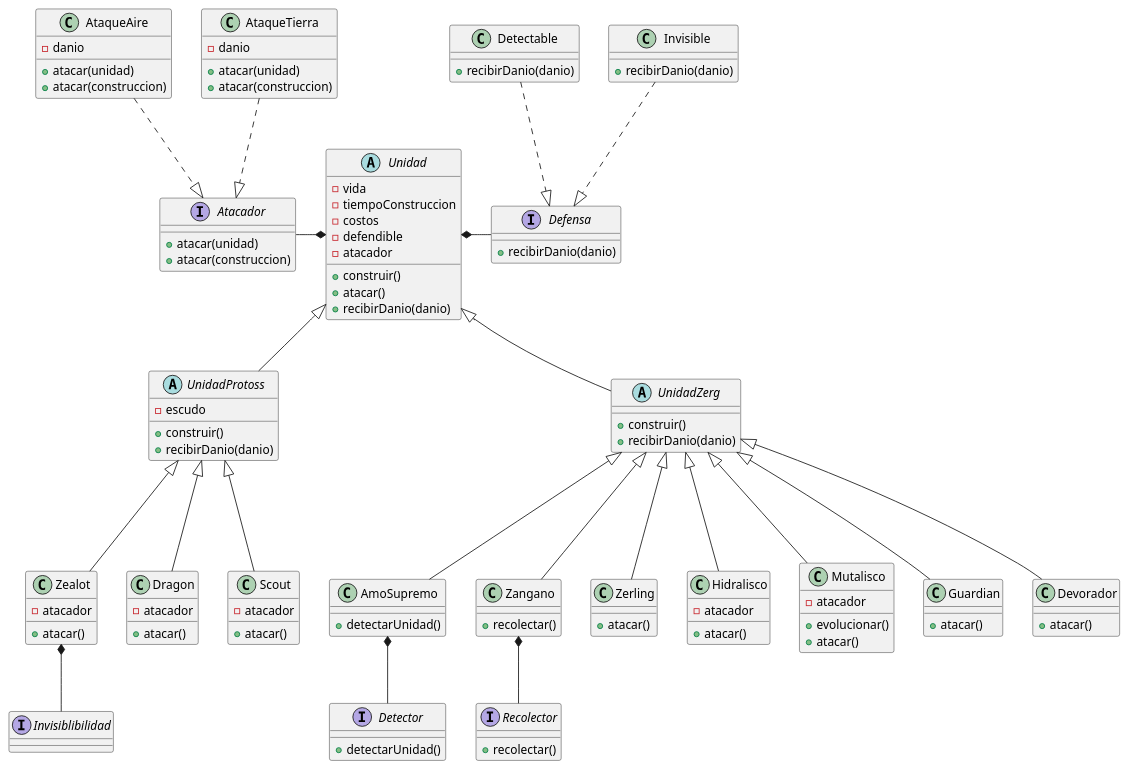
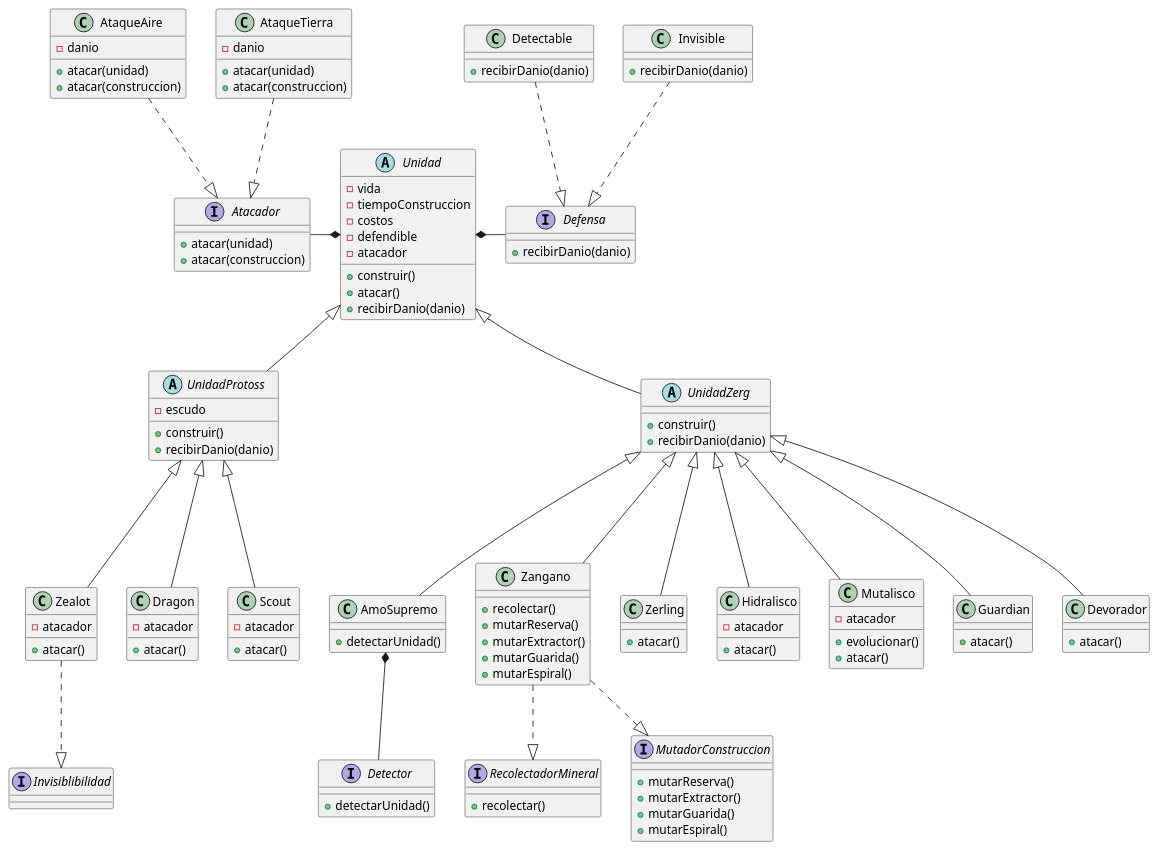
The diagram in diagrams/classes/Modelo3/ModeloUnidades.puml (GiaWong/Algo3_TP2_2C2022), drawn with PlantUML before and after one commit. The commit also changed 8 other files, not shown here.

```diff
--- a/diagrams/classes/Modelo3/ModeloUnidades.puml
+++ b/diagrams/classes/Modelo3/ModeloUnidades.puml
@@ -1,147 +1,161 @@
 @startuml
 
 interface Defensa {
     +recibirDanio(danio)
 }
 
 class Invisible {
     +recibirDanio(danio)
 }
 
 class Detectable {
     +recibirDanio(danio)
 }
 
 abstract class Unidad {
     - vida
     - tiempoConstruccion
     - costos
     - defendible
     - atacador
     + construir()
     + atacar()
     + recibirDanio(danio)
 }
 
 
 abstract class UnidadProtoss {
     - escudo
     + construir()
     +recibirDanio(danio)
 }
 
 class Zealot {
     -atacador
     +atacar()
 }
 
 class Dragon {
     -atacador
     +atacar()
 }
 
 class Scout {
     -atacador
     +atacar()
 
 }
 
 abstract class UnidadZerg {
     + construir()
     +recibirDanio(danio)
 }
 
 
 class AmoSupremo {
     +detectarUnidad()
 }
 
 class Zangano {
     + recolectar()
+    +mutarReserva()
+    +mutarExtractor()
+    +mutarGuarida()
+    +mutarEspiral()
 }
 
 class Zerling {
     + atacar()
 }
 
 class Hidralisco {
     -atacador
     +atacar()
 }
 
 class Mutalisco {
     -atacador
     +evolucionar()
     +atacar()
 }
 
 class Guardian {
     +atacar()
 }
 
 class Devorador {
     +atacar()
 }
 
 interface Atacador {
     +atacar(unidad)
     +atacar(construccion)
 }
 
 class AtaqueTierra {
     -danio
     +atacar(unidad)
     +atacar(construccion)
 }
 
 class AtaqueAire {
     -danio
     +atacar(unidad)
     +atacar(construccion)
 }
 
 
 interface Invisiblibilidad {
 }
 
 interface Detector {
     +detectarUnidad()
 }
 
-interface Recolector {
+interface RecolectadorMineral {
     +recolectar()
+}
+
+interface MutadorConstruccion {
+    +mutarReserva()
+    +mutarExtractor()
+    +mutarGuarida()
+    +mutarEspiral()
 }
 
 Unidad <|-- UnidadZerg
 Unidad <|-- UnidadProtoss
 
 UnidadZerg <|--- Zangano
 UnidadZerg <|--- AmoSupremo
 UnidadZerg <|--- Zerling
 UnidadZerg <|--- Hidralisco
 UnidadZerg <|--- Mutalisco
 UnidadZerg <|--- Guardian
 UnidadZerg <|--- Devorador
 
 UnidadProtoss <|--- Zealot
 UnidadProtoss <|--- Dragon
 UnidadProtoss <|--- Scout
 
 AmoSupremo *-- Detector
 
-Zealot *-- Invisiblibilidad
+Zealot ..|> Invisiblibilidad
 
 
-Zangano *-- Recolector
+Zangano ..|> RecolectadorMineral
+Zangano ..|> MutadorConstruccion
+
+
 
 Unidad *- Defensa
 Unidad *-left- Atacador
 
 Defensa <|.up. Invisible
 Defensa <|.up. Detectable
 
 Atacador <|.up. AtaqueTierra
 Atacador <|.up. AtaqueAire
 
 
 @enduml
```
